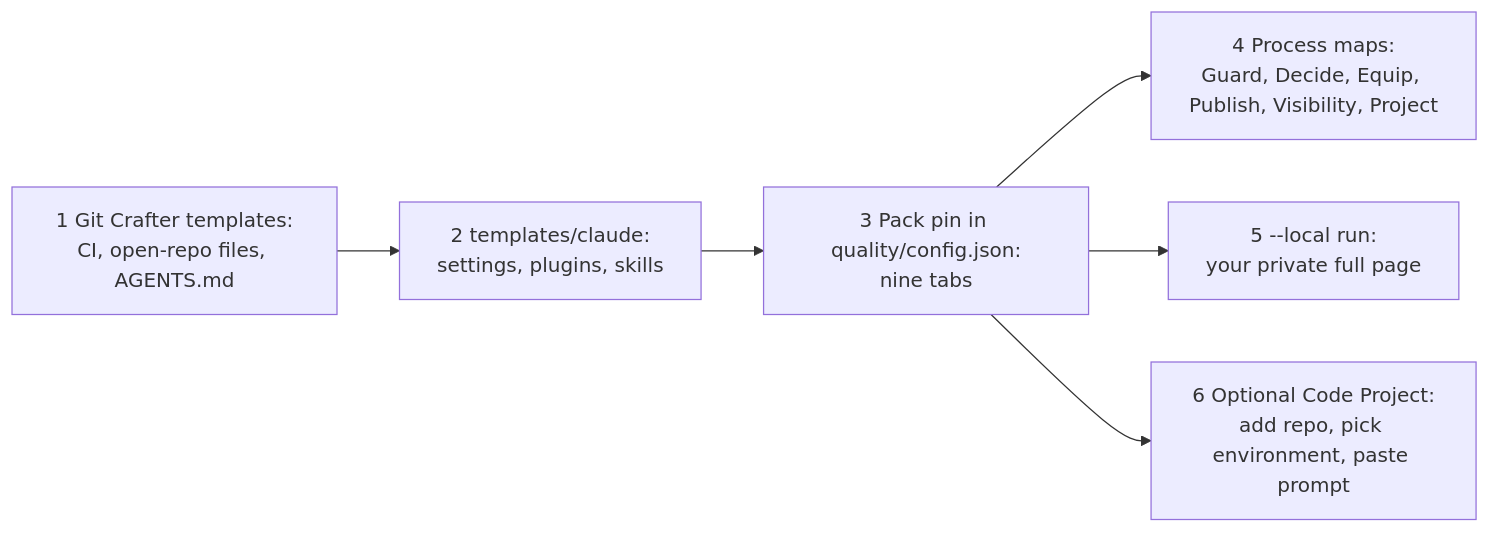
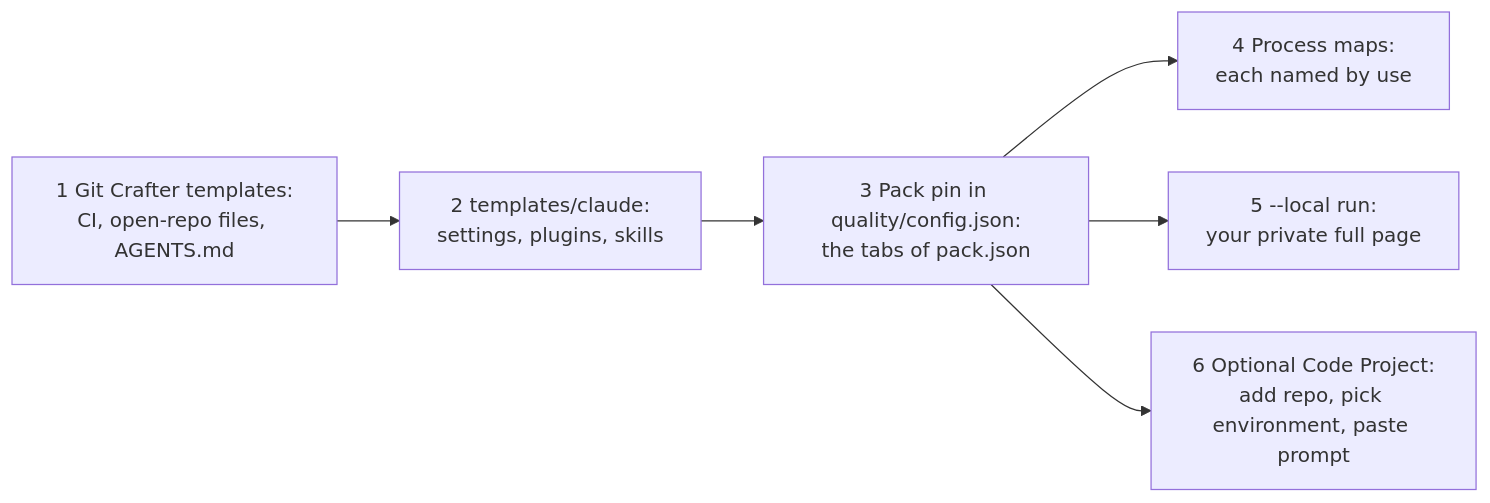
One commit to Colorado-Startups/claudius changed the first of 2 diagrams in README.md. Above: the diagram before and after it, drawn with Mermaid. The commit also changed other lines of this file, not shown here.

First line of the commit message:
README: count the pack from pack.json and maps/, and list the public steps of every map (#49)

````diff
--- a/README.md
+++ b/README.md
@@ -25,8 +25,8 @@
 ```mermaid
 flowchart LR
   GC[1 Git Crafter templates:<br/>CI, open-repo files, AGENTS.md] --> T[2 templates/claude:<br/>settings, plugins, skills]
-  T --> P[3 Pack pin in quality/config.json:<br/>nine tabs]
-  P --> M[4 Process maps:<br/>Guard, Decide, Equip, Publish, Visibility, Project]
+  T --> P[3 Pack pin in quality/config.json:<br/>the tabs of pack.json]
+  P --> M[4 Process maps:<br/>each named by use]
   P --> L[5 --local run:<br/>your private full page]
   P --> CP[6 Optional Code Project:<br/>add repo, pick environment, paste prompt]
 ```
````
